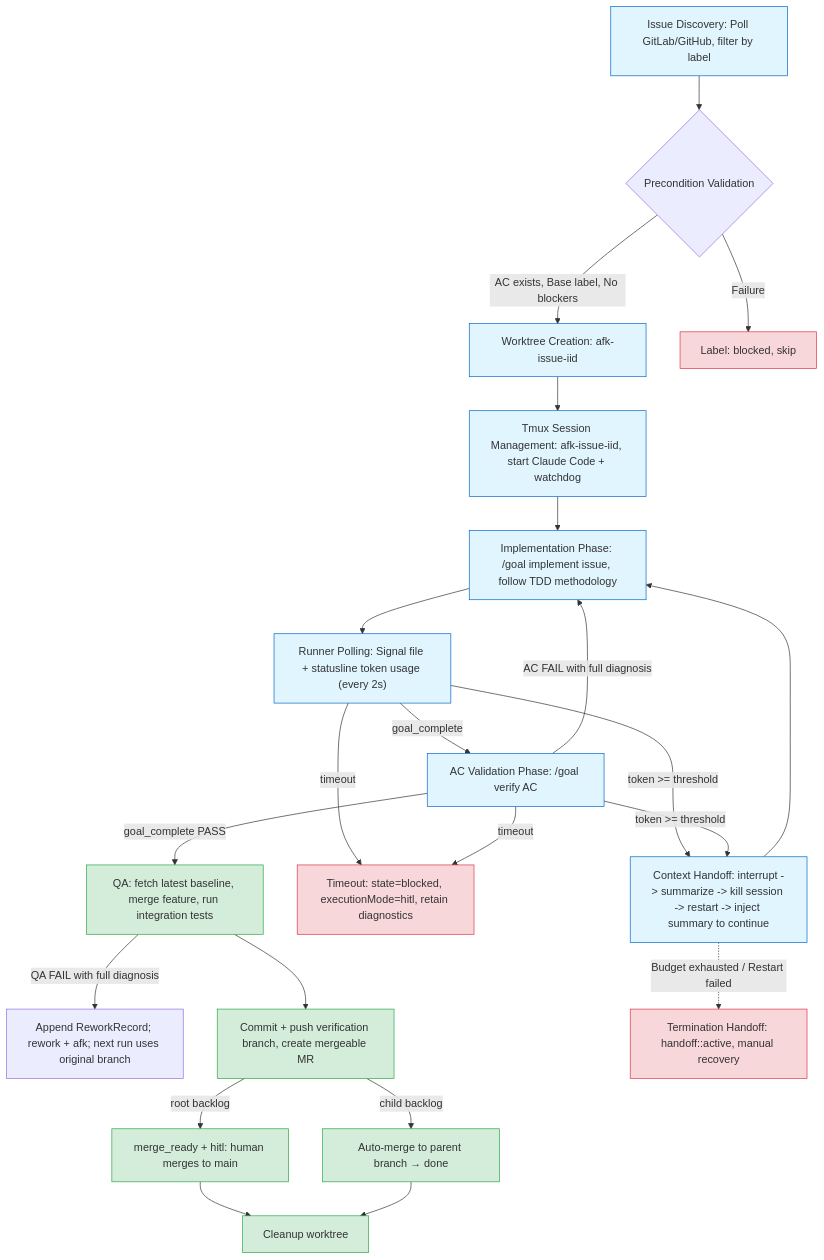
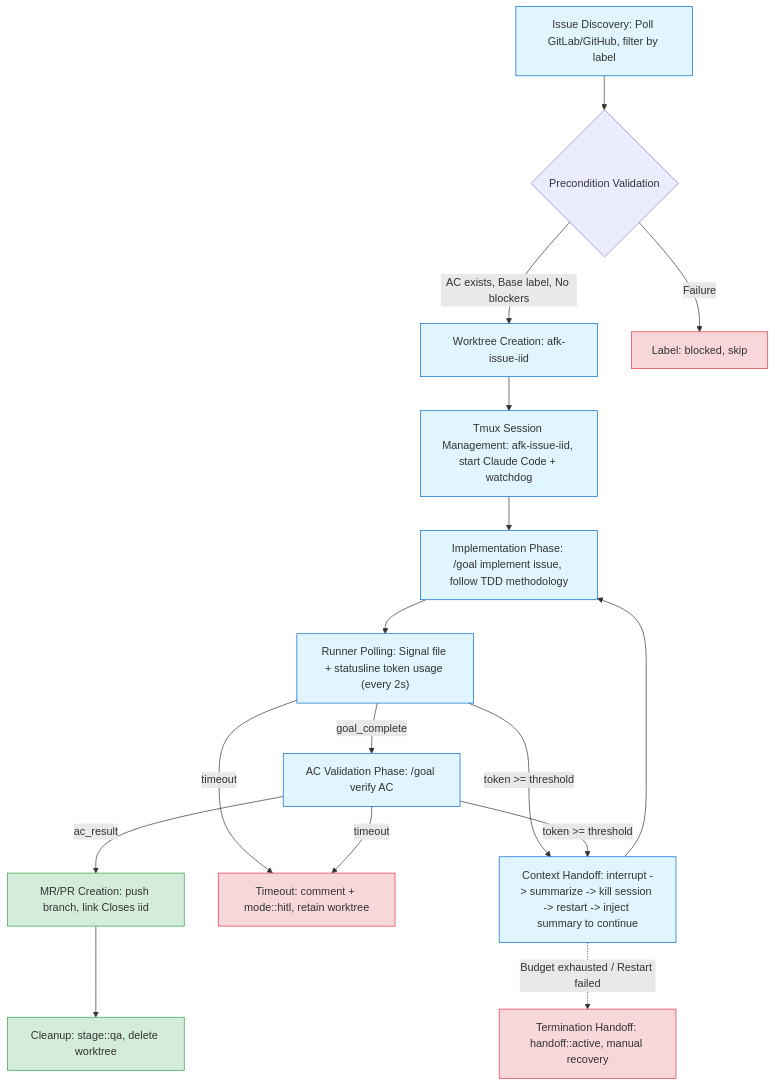
Before and after one commit to easyhaloo/afk: the first of 9 diagrams in docs/WORKFLOWS.md, drawn with Mermaid. The commit also changed other lines of this file and 291 other files, not shown here.

````diff
--- a/docs/WORKFLOWS.md
+++ b/docs/WORKFLOWS.md
@@ -134,37 +60,31 @@
 ```mermaid
 flowchart TD
     A["Issue Discovery: Poll GitLab/GitHub, filter by label"] --> B{"Precondition Validation"}
     B -->|"AC exists, Base label, No blockers"| C["Worktree Creation: afk-issue-iid"]
     B -->|Failure| Z1["Label: blocked, skip"]
 
     C --> D["Tmux Session Management: afk-issue-iid, start Claude Code + watchdog"]
     D --> E["Implementation Phase: /goal implement issue, follow TDD methodology"]
     E --> F["Runner Polling: Signal file + statusline token usage (every 2s)"]
 
     F -->|goal_complete| G["AC Validation Phase: /goal verify AC"]
     F -->|"token >= threshold"| H["Context Handoff: interrupt -> summarize -> kill session -> restart -> inject summary to continue"]
-    F -->|timeout| Z2["Timeout: state=blocked, executionMode=hitl, retain diagnostics"]
+    F -->|timeout| Z2["Timeout: comment + mode::hitl, retain worktree"]
 
-    G -->|AC FAIL with full diagnosis| E
-    G -->|goal_complete PASS| I["QA: fetch latest baseline, merge feature, run integration tests"]
-    I -->|QA FAIL with full diagnosis| R["Append ReworkRecord; rework + afk; next run uses original branch"]
-    I --> J["Commit + push verification branch, create mergeable MR"]
-    J -->|root backlog| K["merge_ready + hitl: human merges to main"]
-    J -->|child backlog| L["Auto-merge to parent branch → done"]
+    G -->|ac_result| I["MR/PR Creation: push branch, link Closes iid"]
     G -->|"token >= threshold"| H
     G -->|timeout| Z2
 
     H --> E
     H -.->|"Budget exhausted / Restart failed"| Z3["Termination Handoff: handoff::active, manual recovery"]
 
-    K --> M["Cleanup worktree"]
-    L --> M
+    I --> J["Cleanup: stage::qa, delete worktree"]
 
     classDef success fill:#d4edda,stroke:#28a745
     classDef fail fill:#f8d7da,stroke:#dc3545
     classDef process fill:#e1f5ff,stroke:#0066cc
 
-    class I,J,K,L,M success
+    class I,J success
     class Z1,Z2,Z3 fail
     class A,C,D,E,F,G,H process
 ```
````
